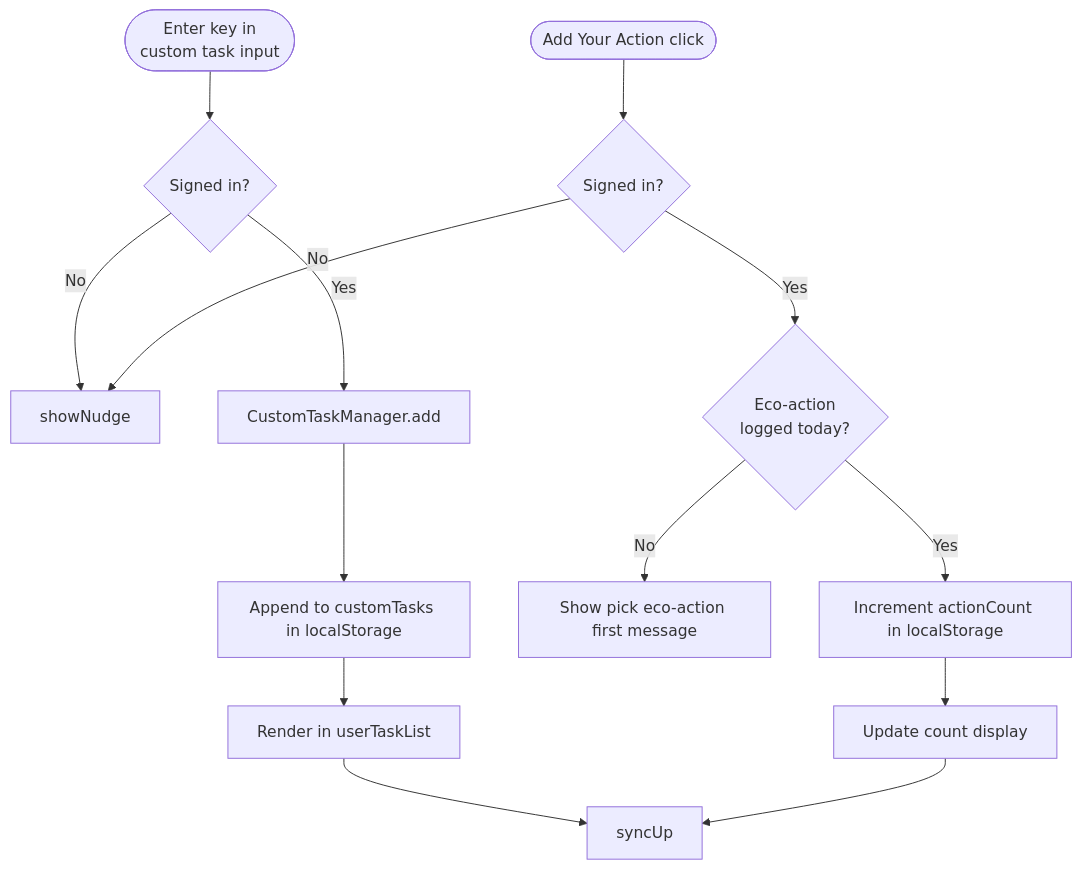
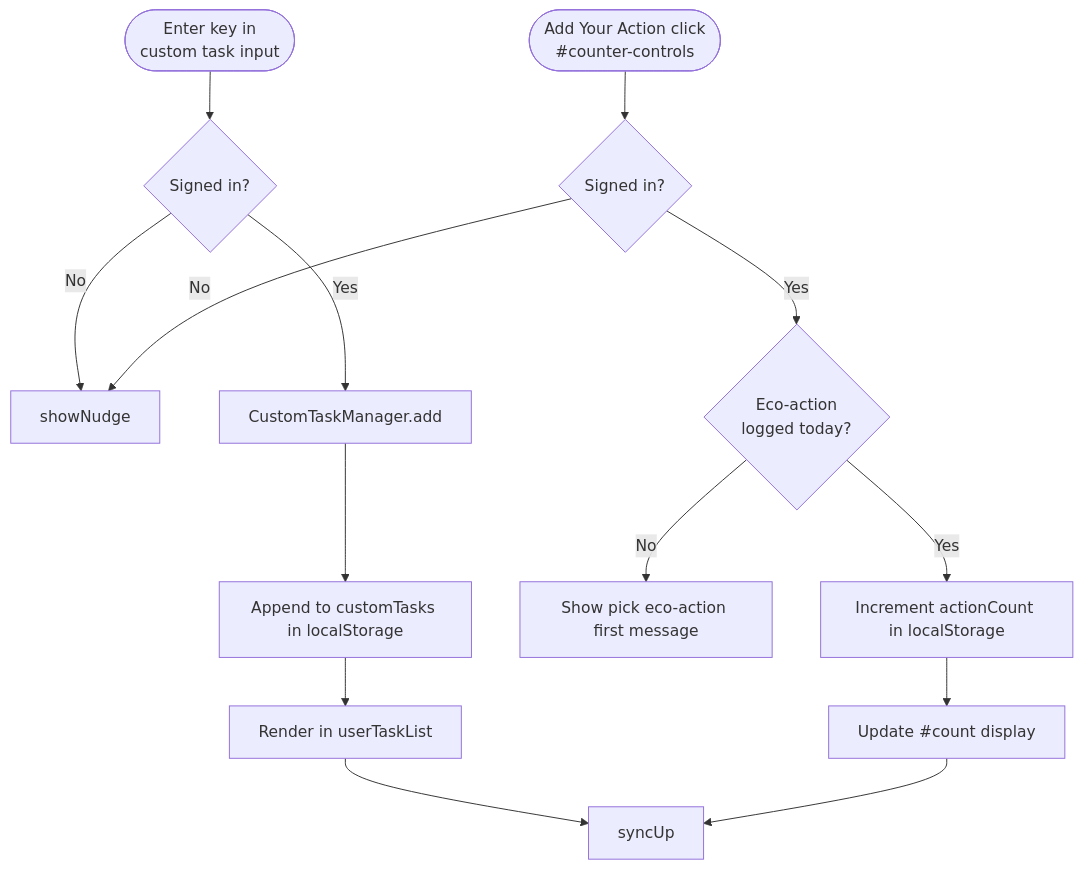
Before and after one commit to mwh-max/onesmallhoof: the sixth of 9 diagrams in DIAGRAMS.md, drawn with Mermaid. The commit also changed other lines of this file and 2 other files, not shown here.

First line of the commit message:
refactor: group action selector and counter controls into wrapper divs

````diff
--- a/DIAGRAMS.md
+++ b/DIAGRAMS.md
@@ -137,17 +137,17 @@
 ```mermaid
 flowchart TD
     A([Enter key in\ncustom task input]) --> B{Signed in?}
     B -->|No| N[showNudge]
     B -->|Yes| C[CustomTaskManager.add]
     C --> D[Append to customTasks in localStorage]
     D --> E[Render in userTaskList]
     E --> F[syncUp]
 
-    G([Add Your Action click]) --> H{Signed in?}
+    G([Add Your Action click\n#counter-controls]) --> H{Signed in?}
     H -->|No| N
     H -->|Yes| I{Eco-action\nlogged today?}
     I -->|No| J[Show pick eco-action first message]
     I -->|Yes| K[Increment actionCount in localStorage]
-    K --> L[Update count display]
+    K --> L[Update #count display]
     L --> F
 ```
````
